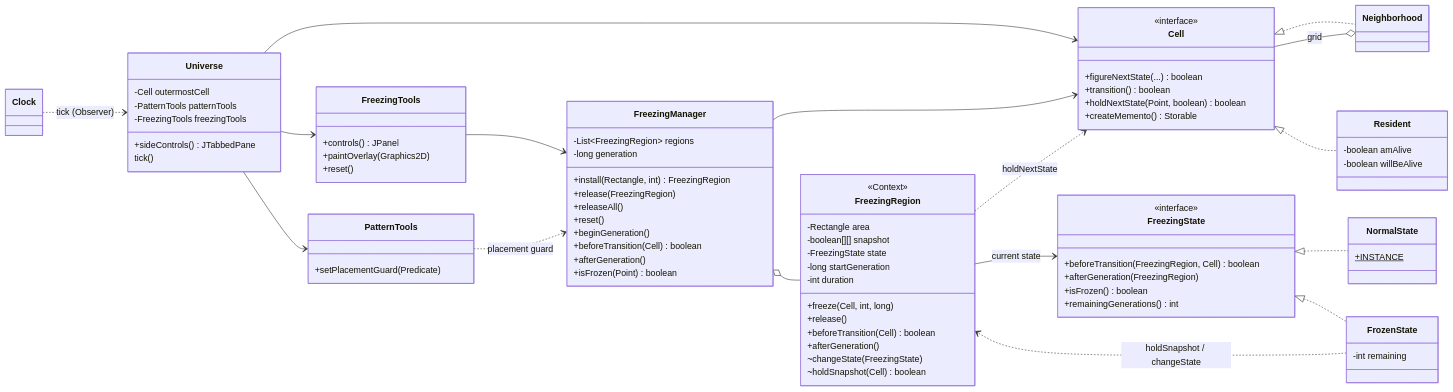
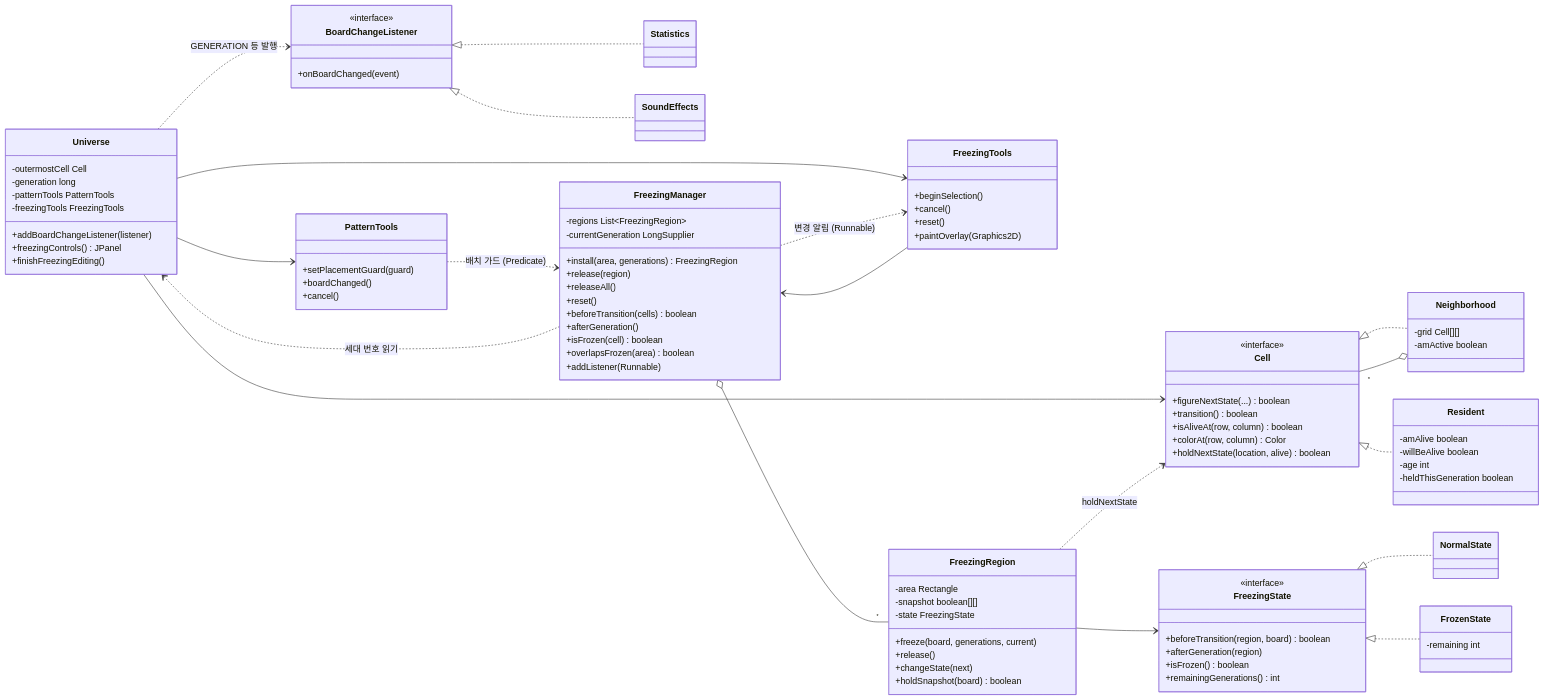
The first of 3 diagrams in docs/FREEZING.md (mckimR1972/DP_team_project), drawn with Mermaid before and after one commit. The commit also changed other lines of this file and 4 other files, not shown here.

````diff
--- a/docs/FREEZING.md
+++ b/docs/FREEZING.md
@@ -212,88 +79,103 @@
 ```mermaid
 classDiagram
     direction LR
-    class Universe {
-        -Cell outermostCell
-        -PatternTools patternTools
-        -FreezingTools freezingTools
-        +sideControls() JTabbedPane
-        tick()
-    }
+
     class Cell {
         <<interface>>
         +figureNextState(...) boolean
         +transition() boolean
-        +holdNextState(Point, boolean) boolean
-        +createMemento() Storable
+        +isAliveAt(row, column) boolean
+        +colorAt(row, column) Color
+        +holdNextState(location, alive) boolean
     }
-    class Neighborhood
+    class Neighborhood {
+        -grid Cell[][]
+        -amActive boolean
+    }
     class Resident {
-        -boolean amAlive
-        -boolean willBeAlive
+        -amAlive boolean
+        -willBeAlive boolean
+        -age int
+        -heldThisGeneration boolean
+    }
+    Cell <|.. Neighborhood
+    Cell <|.. Resident
+    Neighborhood o-- "*" Cell
+
+    class Universe {
+        -outermostCell Cell
+        -generation long
+        -patternTools PatternTools
+        -freezingTools FreezingTools
+        +addBoardChangeListener(listener)
+        +freezingControls() JPanel
+        +finishFreezingEditing()
+    }
+    class BoardChangeListener {
+        <<interface>>
+        +onBoardChanged(event)
+    }
+    class Statistics
+    class SoundEffects
+    class PatternTools {
+        +setPlacementGuard(guard)
+        +boardChanged()
+        +cancel()
+    }
+
+    class FreezingTools {
+        +beginSelection()
+        +cancel()
+        +reset()
+        +paintOverlay(Graphics2D)
     }
     class FreezingManager {
-        -List~FreezingRegion~ regions
-        -long generation
-        +install(Rectangle, int) FreezingRegion
-        +release(FreezingRegion)
+        -regions List~FreezingRegion~
+        -currentGeneration LongSupplier
+        +install(area, generations) FreezingRegion
+        +release(region)
         +releaseAll()
         +reset()
-        +beginGeneration()
-        +beforeTransition(Cell) boolean
+        +beforeTransition(cells) boolean
         +afterGeneration()
-        +isFrozen(Point) boolean
+        +isFrozen(cell) boolean
+        +overlapsFrozen(area) boolean
+        +addListener(Runnable)
     }
     class FreezingRegion {
-        <<Context>>
-        -Rectangle area
-        -boolean[][] snapshot
-        -FreezingState state
-        -long startGeneration
-        -int duration
-        +freeze(Cell, int, long)
+        -area Rectangle
+        -snapshot boolean[][]
+        -state FreezingState
+        +freeze(board, generations, current)
         +release()
-        +beforeTransition(Cell) boolean
-        +afterGeneration()
-        ~changeState(FreezingState)
-        ~holdSnapshot(Cell) boolean
+        +changeState(next)
+        +holdSnapshot(board) boolean
     }
     class FreezingState {
         <<interface>>
-        +beforeTransition(FreezingRegion, Cell) boolean
-        +afterGeneration(FreezingRegion)
+        +beforeTransition(region, board) boolean
+        +afterGeneration(region)
         +isFrozen() boolean
         +remainingGenerations() int
     }
-    class NormalState {
-        +INSTANCE$
+    class NormalState
+    class FrozenState {
+        -remaining int
     }
-    class FrozenState {
-        -int remaining
-    }
-    class FreezingTools {
-        +controls() JPanel
-        +paintOverlay(Graphics2D)
-        +reset()
-    }
-    class PatternTools {
-        +setPlacementGuard(Predicate)
-    }
-    class Clock
 
-    Cell <|.. Neighborhood
-    Cell <|.. Resident
-    Neighborhood o-- Cell : grid
     Universe --> Cell
     Universe --> PatternTools
     Universe --> FreezingTools
-    Clock ..> Universe : tick (Observer)
+    Universe ..> BoardChangeListener : GENERATION 등 발행
+    BoardChangeListener <|.. Statistics
+    BoardChangeListener <|.. SoundEffects
     FreezingTools --> FreezingManager
-    FreezingManager o-- FreezingRegion
-    FreezingManager --> Cell
-    FreezingRegion --> FreezingState : current state
+    FreezingManager ..> FreezingTools : 변경 알림 (Runnable)
+    FreezingManager ..> Universe : 세대 번호 읽기
+    FreezingManager o-- "*" FreezingRegion
+    FreezingRegion --> FreezingState
     FreezingState <|.. NormalState
     FreezingState <|.. FrozenState
-    FrozenState ..> FreezingRegion : holdSnapshot / changeState
     FreezingRegion ..> Cell : holdNextState
-    PatternTools ..> FreezingManager : placement guard
+    PatternTools ..> FreezingManager : 배치 가드 (Predicate)
 ```
````
